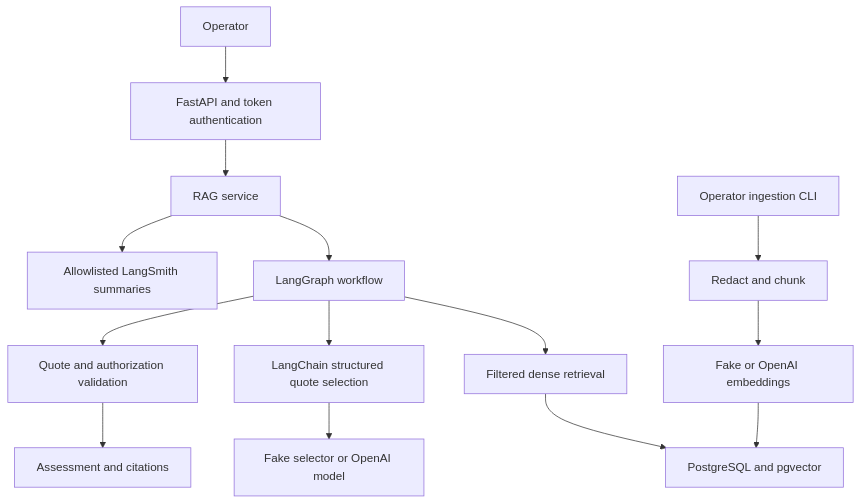
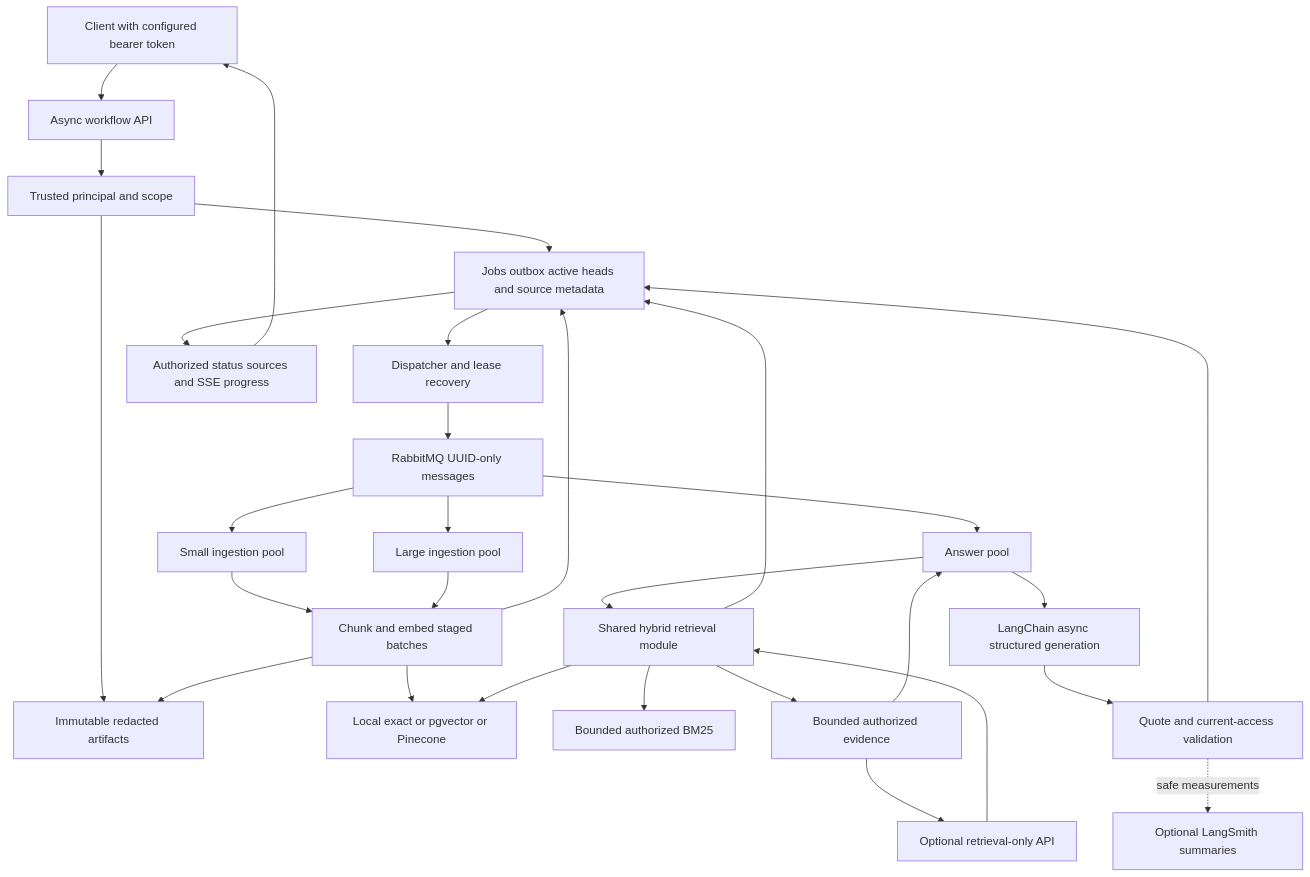
Before and after one commit to anil-bhawangirkar/opspilot: the first of 3 diagrams in docs/architecture.md, drawn with Mermaid. The commit also changed other lines of this file and 82 other files, not shown here.

First line of the commit message:
feat: add durable async RAG workflows and hybrid retrieval

````diff
--- a/docs/architecture.md
+++ b/docs/architecture.md
@@ -11,16 +13,31 @@
 ```mermaid
 flowchart TD
-    Operator[Operator] --> API[FastAPI and token authentication]
-    API --> Service[RAG service]
-    Service --> Graph[LangGraph workflow]
-    Graph --> Retrieval[Filtered dense retrieval]
-    Retrieval --> Store[PostgreSQL and pgvector]
-    Graph --> Generation[LangChain structured quote selection]
-    Generation --> Model[Fake selector or OpenAI model]
-    Graph --> Validation[Quote and authorization validation]
-    Validation --> Response[Assessment and citations]
-    Service --> Telemetry[Allowlisted LangSmith summaries]
-    Ingestion[Operator ingestion CLI] --> Redaction[Redact and chunk]
-    Redaction --> Embeddings[Fake or OpenAI embeddings]
-    Embeddings --> Store
+    Client[Client with configured bearer token] --> API[Async workflow API]
+    API --> Identity[Trusted principal and scope]
+    Identity --> Objects[Immutable redacted artifacts]
+    Identity --> DB[Jobs outbox active heads and source metadata]
+    DB --> Dispatch[Dispatcher and lease recovery]
+    Dispatch --> Broker[RabbitMQ UUID-only messages]
+    Broker --> Small[Small ingestion pool]
+    Broker --> Large[Large ingestion pool]
+    Broker --> Answers[Answer pool]
+    Small --> Ingest[Chunk and embed staged batches]
+    Large --> Ingest
+    Ingest --> Objects
+    Ingest --> DB
+    Ingest --> Vectors[Local exact or pgvector or Pinecone]
+    Answers --> Retrieve[Shared hybrid retrieval module]
+    ReadAPI[Optional retrieval-only API] --> Retrieve
+    Retrieve --> DB
+    Retrieve --> Vectors
+    Retrieve --> BM25[Bounded authorized BM25]
+    Retrieve --> Evidence[Bounded authorized evidence]
+    Evidence --> Answers
+    Evidence --> ReadAPI
+    Answers --> Model[LangChain async structured generation]
+    Model --> Validate[Quote and current-access validation]
+    Validate --> DB
+    DB --> View[Authorized status sources and SSE progress]
+    View --> Client
+    Validate -. safe measurements .-> Trace[Optional LangSmith summaries]
 ```
````
